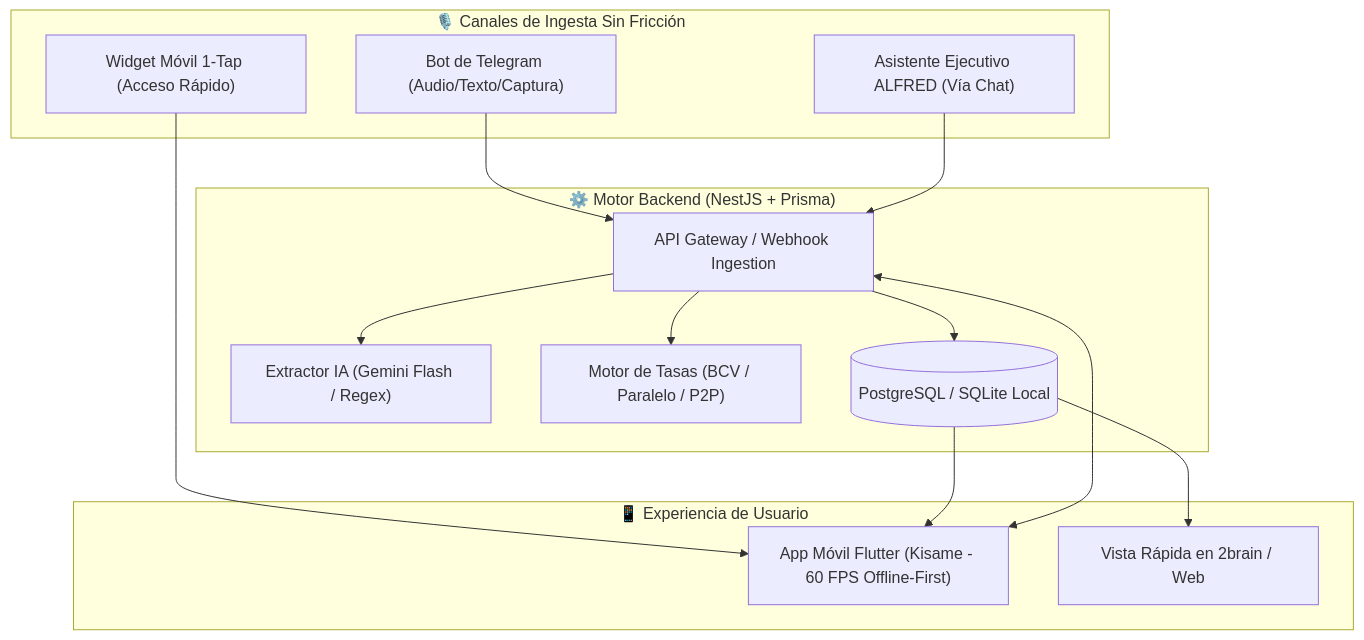
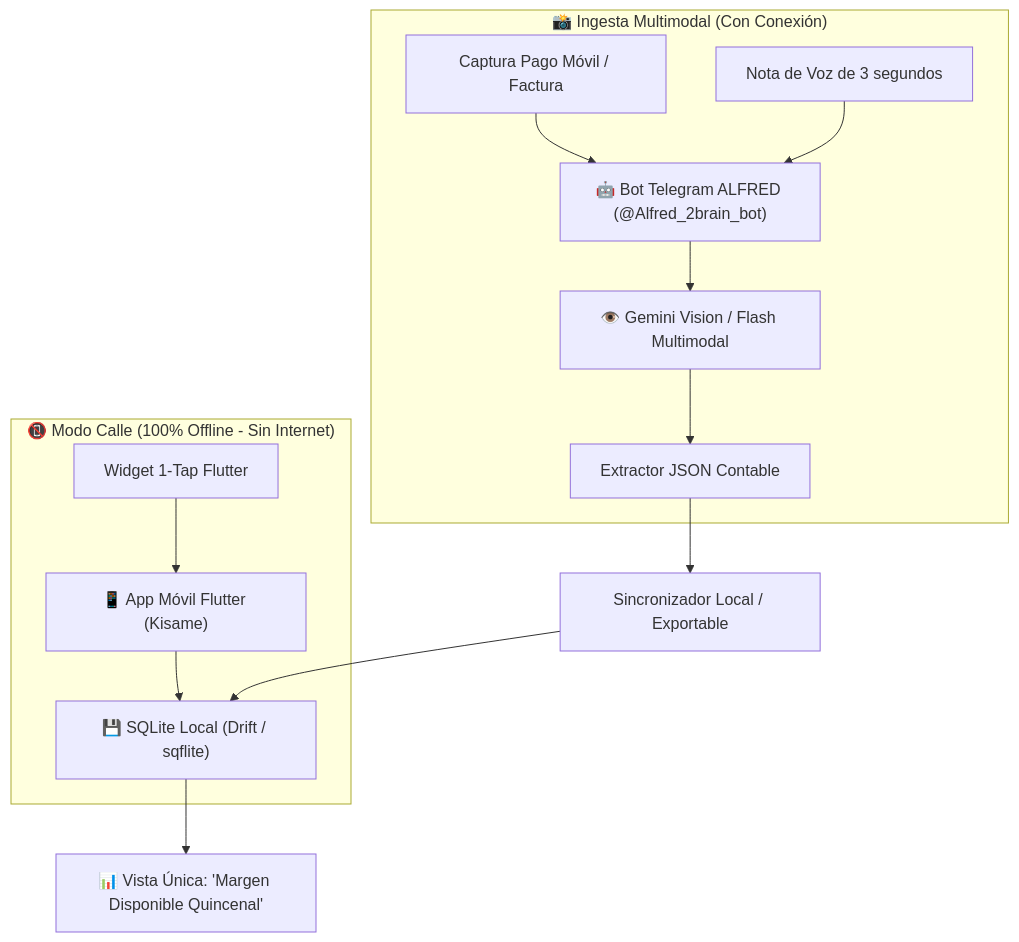
The diagram in wiki/proyectos/flujo-cero-finanzas-personales.md (vmontoyasmtop/2brain-vmontoya), drawn with Mermaid before and after one commit. The commit also changed other lines of this file and 1 other file, not shown here.

Commit message:
feat(proyectos): plan de accion El Cuadre app flutter y bot multimodal

````diff
--- a/wiki/proyectos/flujo-cero-finanzas-personales.md
+++ b/wiki/proyectos/flujo-cero-finanzas-personales.md
@@ -39,30 +46,18 @@
 ```mermaid
 graph TD
-    subgraph Fuentes_Entrada["🎙️ Canales de Ingesta Sin Fricción"]
-        TG["Bot de Telegram (Audio/Texto/Captura)"]
-        ALF["Asistente Ejecutivo ALFRED (Vía Chat)"]
-        WID["Widget Móvil 1-Tap (Acceso Rápido)"]
+    subgraph Modo_Calle["📵 Modo Calle (100% Offline - Sin Internet)"]
+        WID["Widget 1-Tap Flutter"] --> APP["📱 App Móvil Flutter (Kisame)"]
+        APP --> SQL["💾 SQLite Local (Drift / sqflite)"]
     end
 
-    subgraph Backend_Core["⚙️ Motor Backend (NestJS + Prisma)"]
-        API["API Gateway / Webhook Ingestion"]
-        NLP["Extractor IA (Gemini Flash / Regex)"]
-        FX["Motor de Tasas (BCV / Paralelo / P2P)"]
-        DB[(PostgreSQL / SQLite Local)]
+    subgraph Ingesta_Inteligente["📸 Ingesta Multimodal (Con Conexión)"]
+        PIC["Captura Pago Móvil / Factura"] --> BOT["🤖 Bot Telegram ALFRED (@Alfred_2brain_bot)"]
+        VOI["Nota de Voz de 3 segundos"] --> BOT
+        BOT --> GEM["👁️ Gemini Vision / Flash Multimodal"]
+        GEM --> PARSER["Extractor JSON Contable"]
     end
 
-    subgraph Frontends["📱 Experiencia de Usuario"]
-        MOB["App Móvil Flutter (Kisame - 60 FPS Offline-First)"]
-        DASH["Vista Rápida en 2brain / Web"]
-    end
-
-    TG --> API
-    ALF --> API
-    WID --> MOB
-    MOB <--> API
-    API --> NLP
-    API --> FX
-    API --> DB
-    DB --> MOB
-    DB --> DASH
+    PARSER --> SYNC["Sincronizador Local / Exportable"]
+    SYNC --> SQL
+    SQL --> UI_RESUMEN["📊 Vista Única: 'Margen Disponible Quincenal'"]
 ```
````
